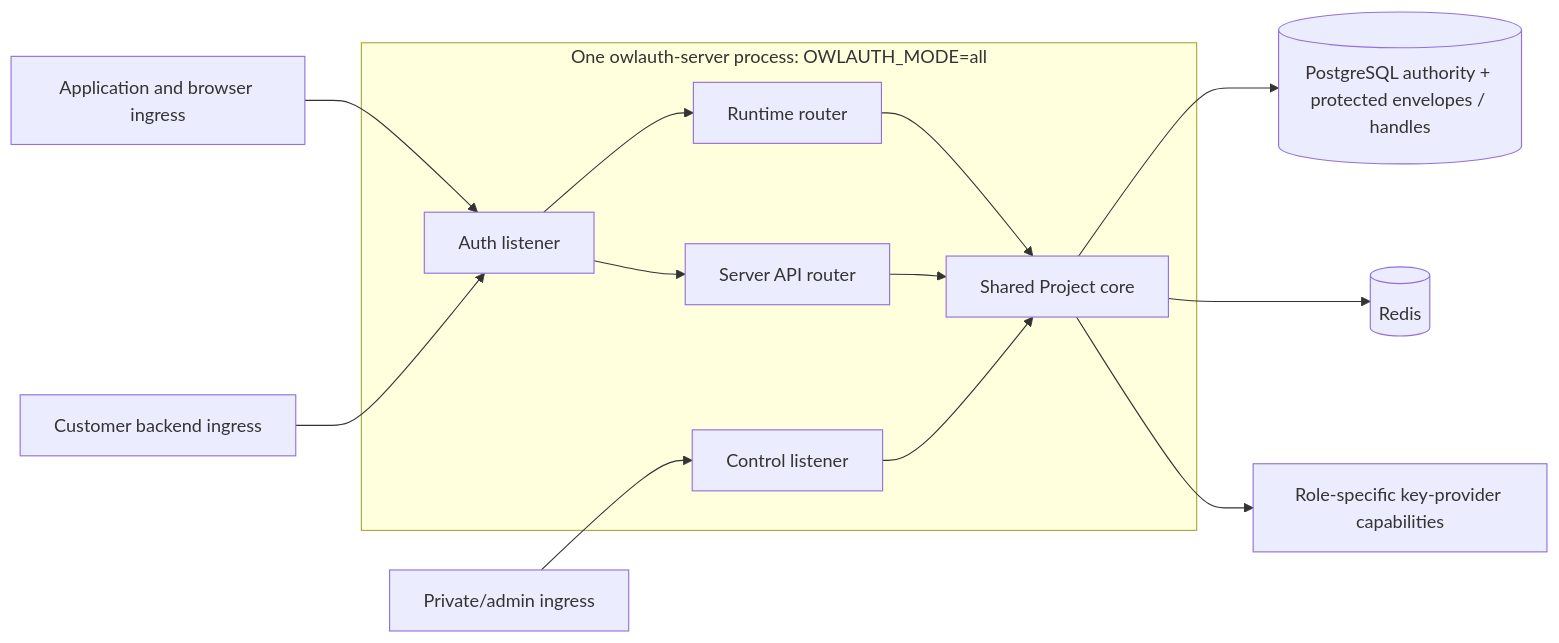
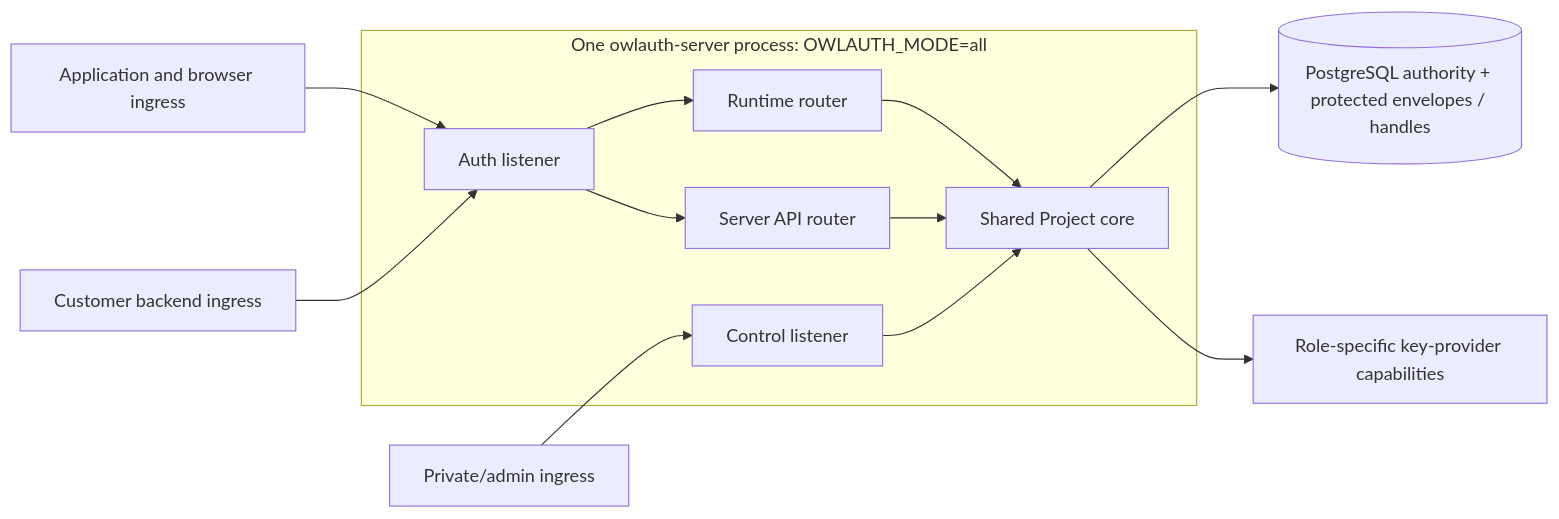
Before and after one commit to owlfoundry/owlauth: the second of 3 diagrams in spec/08-consistency-resilience-and-plane-separation.md, drawn with Mermaid. The commit also changed other lines of this file and 155 other files, not shown here.

````diff
--- a/spec/08-consistency-resilience-and-plane-separation.md
+++ b/spec/08-consistency-resilience-and-plane-separation.md
@@ -118,16 +114,15 @@
 ```mermaid
 flowchart LR
     Public[Application and browser ingress] --> AL[Auth listener]
     Backend[Customer backend ingress] --> AL
     Private[Private/admin ingress] --> CL[Control listener]
     subgraph Process[One owlauth-server process: OWLAUTH_MODE=all]
         AL --> RR[Runtime router]
         AL --> SR[Server API router]
         RR --> Core[Shared Project core]
         SR --> Core
         CL --> Core
     end
     Core --> PG[(PostgreSQL authority + protected envelopes / handles)]
-    Core --> Redis[(Redis)]
     Core --> KeyProvider[Role-specific key-provider capabilities]
 ```
````
